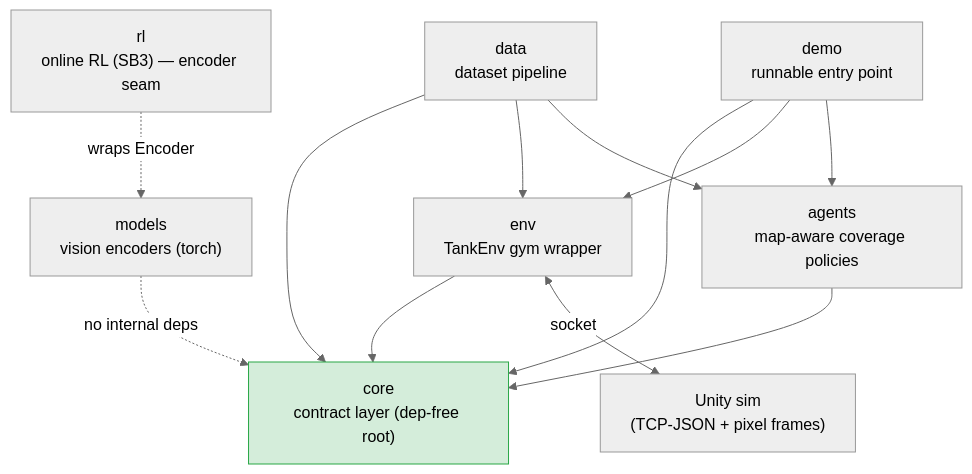
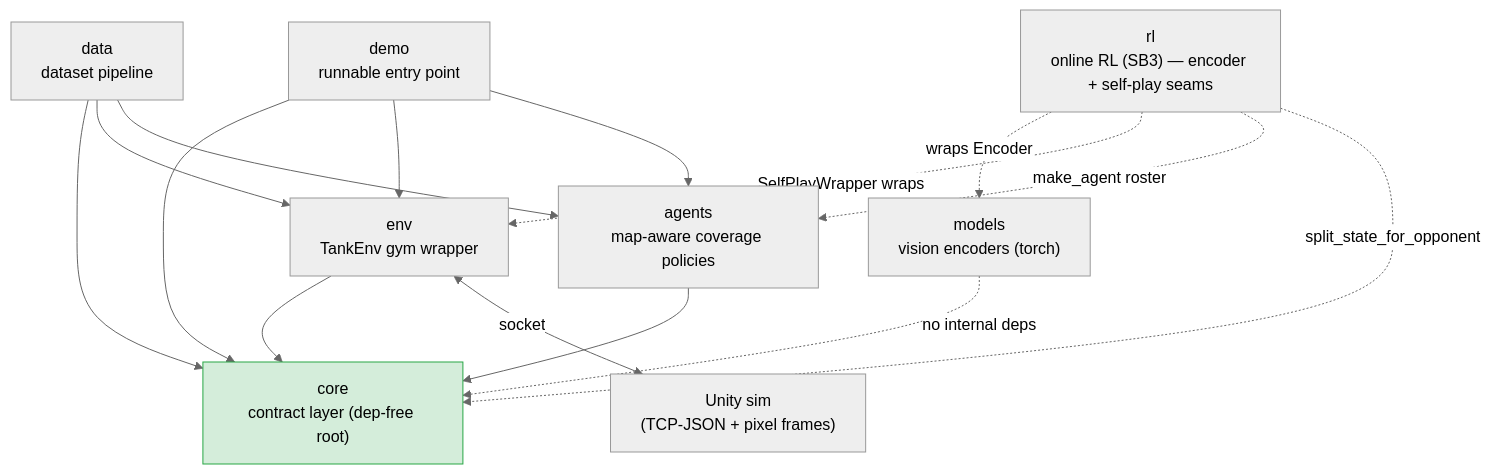
The diagram in docs/README.md (urciuolim/TankTwinStickShooter), drawn with Mermaid (neutral theme) before and after one commit. The commit also changed other lines of this file and 5 other files, not shown here.

````diff
--- a/docs/README.md
+++ b/docs/README.md
@@ -23,26 +24,29 @@
 ```mermaid
 graph TD
     core["core<br/>contract layer (dep-free root)"]
     models["models<br/>vision encoders (torch)"]
     env["env<br/>TankEnv gym wrapper"]
     agents["agents<br/>map-aware coverage policies"]
     data["data<br/>dataset pipeline"]
     demo["demo<br/>runnable entry point"]
-    rl["rl<br/>online RL (SB3) — encoder seam"]
+    rl["rl<br/>online RL (SB3) — encoder + self-play seams"]
     unity["Unity sim<br/>(TCP-JSON + pixel frames)"]
 
     env --> core
     agents --> core
     models -.->|no internal deps| core
     data --> core
     data --> env
     data --> agents
     demo --> core
     demo --> env
     demo --> agents
     rl -.->|wraps Encoder| models
+    rl -.->|SelfPlayWrapper wraps| env
+    rl -.->|make_agent roster| agents
+    rl -.->|split_state_for_opponent| core
     env <-->|socket| unity
 
     classDef root fill:#d4edda,stroke:#28a745;
     class core root;
 ```
````
